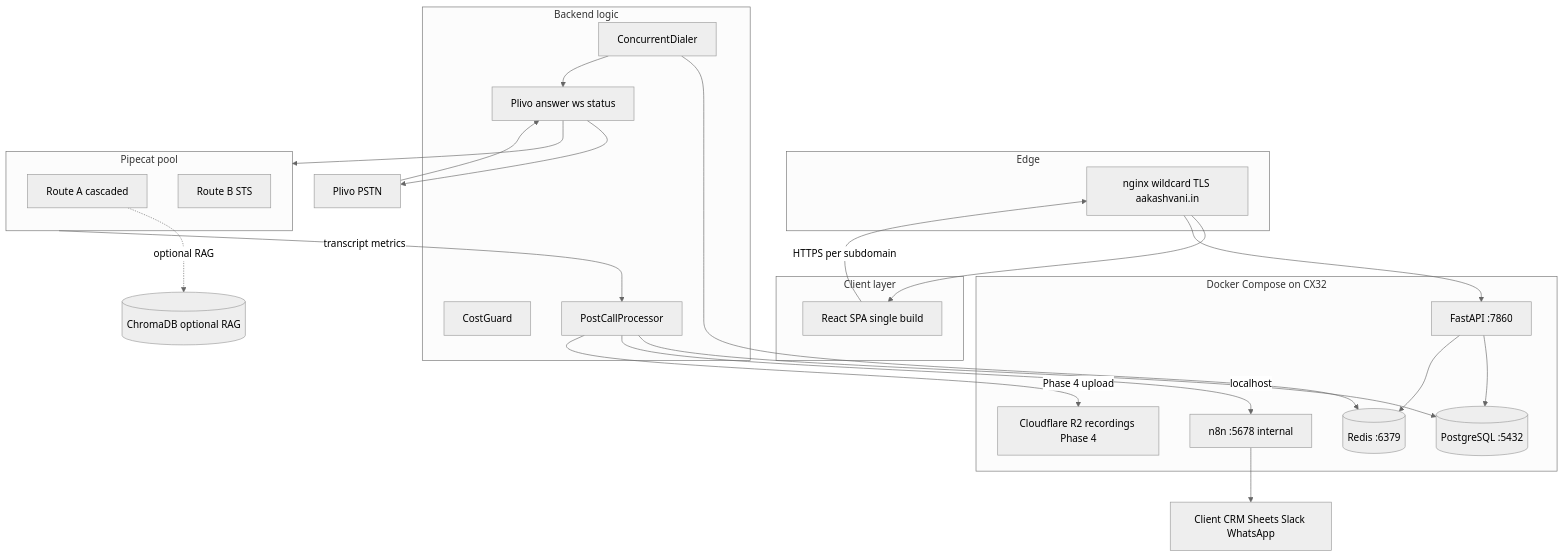
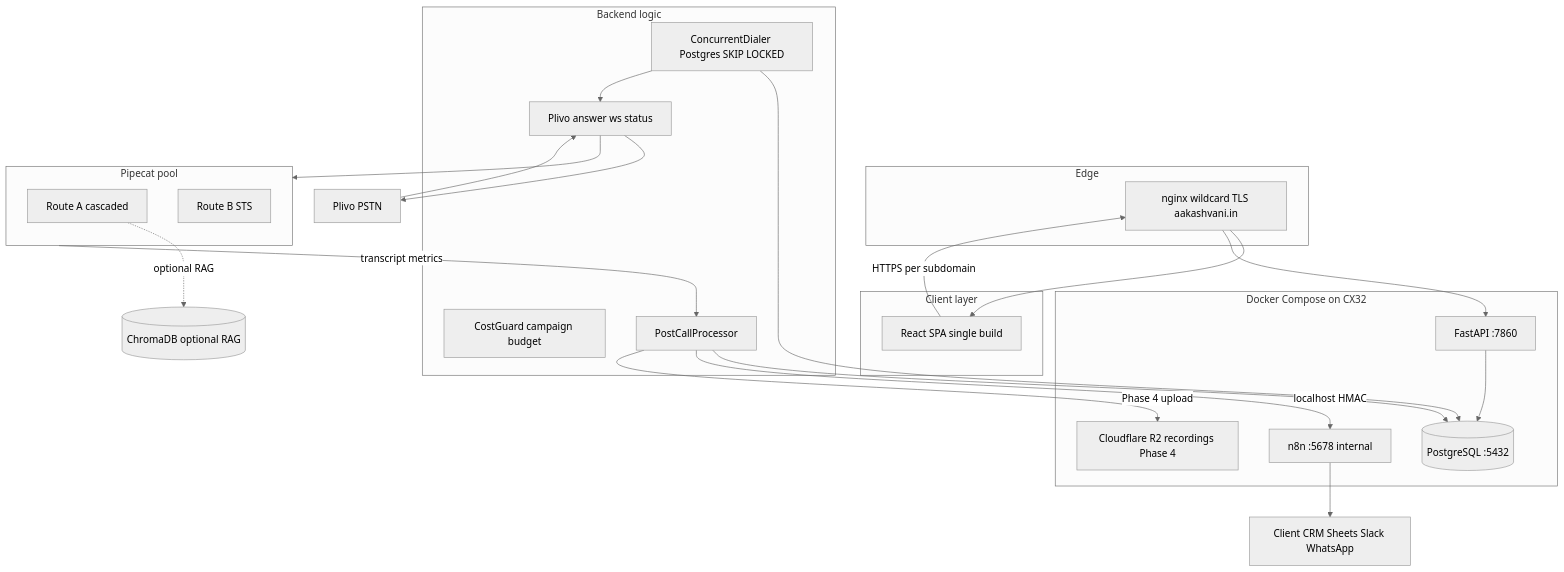
One commit to Nitant28/Callyng changed the third of 3 diagrams in ROADMAP.md. Above: the diagram before and after it, drawn with Mermaid (neutral theme). The commit also changed other lines of this file and 11 other files, not shown here.

Commit message:
Post call Extraction now done also like the sts_scripts database schema changed architeture added

````diff
--- a/ROADMAP.md
+++ b/ROADMAP.md
@@ -179,46 +182,44 @@
 ```mermaid
 flowchart TD
     subgraph edge [Edge]
         nginx[nginx wildcard TLS aakashvani.in]
     end
     subgraph clientLayer [Client layer]
         FE[React SPA single build]
     end
     subgraph dcStack [Docker Compose on CX32]
         API[FastAPI :7860]
         PG[(PostgreSQL :5432)]
-        Redis[(Redis :6379)]
         n8n[n8n :5678 internal]
         R2[Cloudflare R2 recordings Phase 4]
     end
     subgraph backendLayer [Backend logic]
         Telephony[Plivo answer ws status]
-        Dialer[ConcurrentDialer]
-        CostGuard[CostGuard]
+        Dialer[ConcurrentDialer Postgres SKIP LOCKED]
+        CostGuard[CostGuard campaign budget]
         PostCall[PostCallProcessor]
     end
     subgraph pipelineLayer [Pipecat pool]
         RouteA[Route A cascaded]
         RouteB[Route B STS]
     end
     Plivo[Plivo PSTN]
     CRM[Client CRM Sheets Slack WhatsApp]
     Chroma[(ChromaDB optional RAG)]
 
     FE -->|HTTPS per subdomain| nginx
     nginx --> FE
     nginx --> API
     API --> PG
-    API --> Redis
-    Dialer --> Redis
+    Dialer --> PG
     Dialer --> Telephony
     Telephony --> Plivo
     Plivo --> Telephony
     Telephony --> pipelineLayer
     pipelineLayer -->|transcript metrics| PostCall
     PostCall --> PG
-    PostCall -->|localhost| n8n
+    PostCall -->|localhost HMAC| n8n
     n8n --> CRM
     PostCall -->|Phase 4 upload| R2
     RouteA -.optional RAG.-> Chroma
 ```
````
